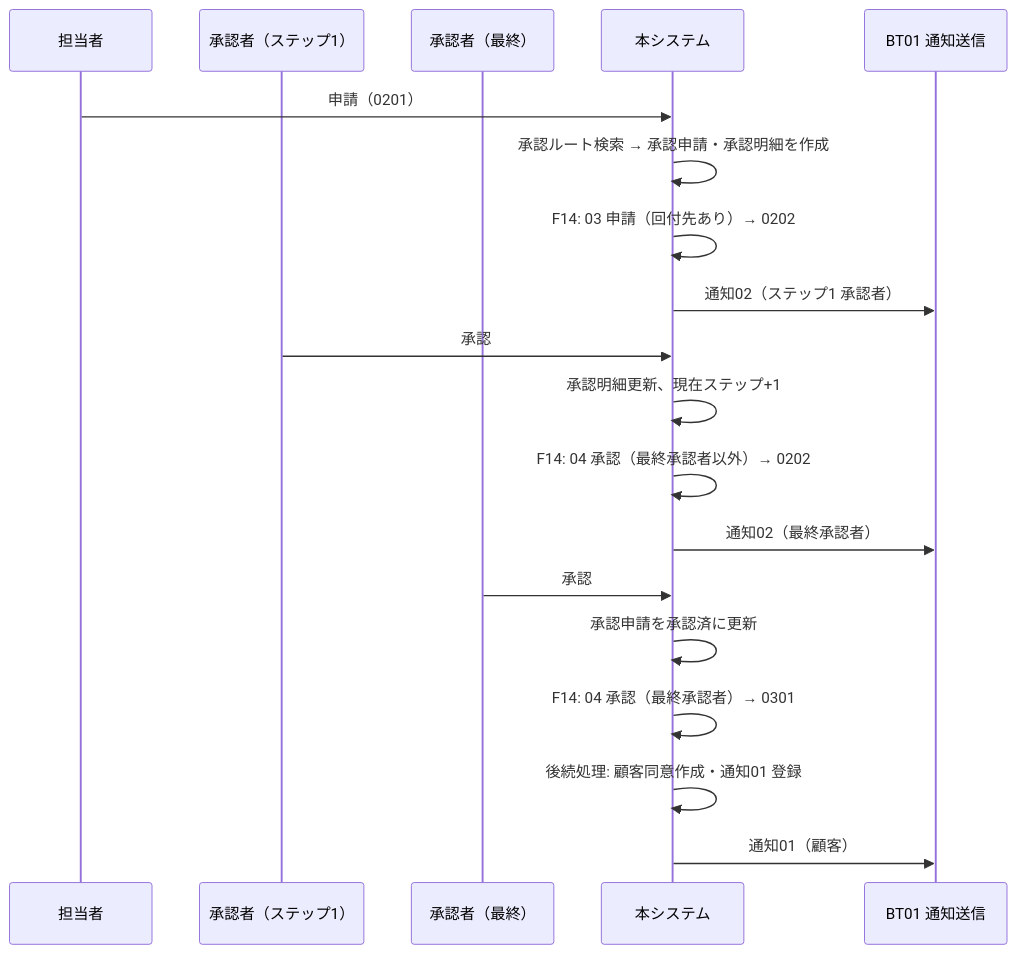
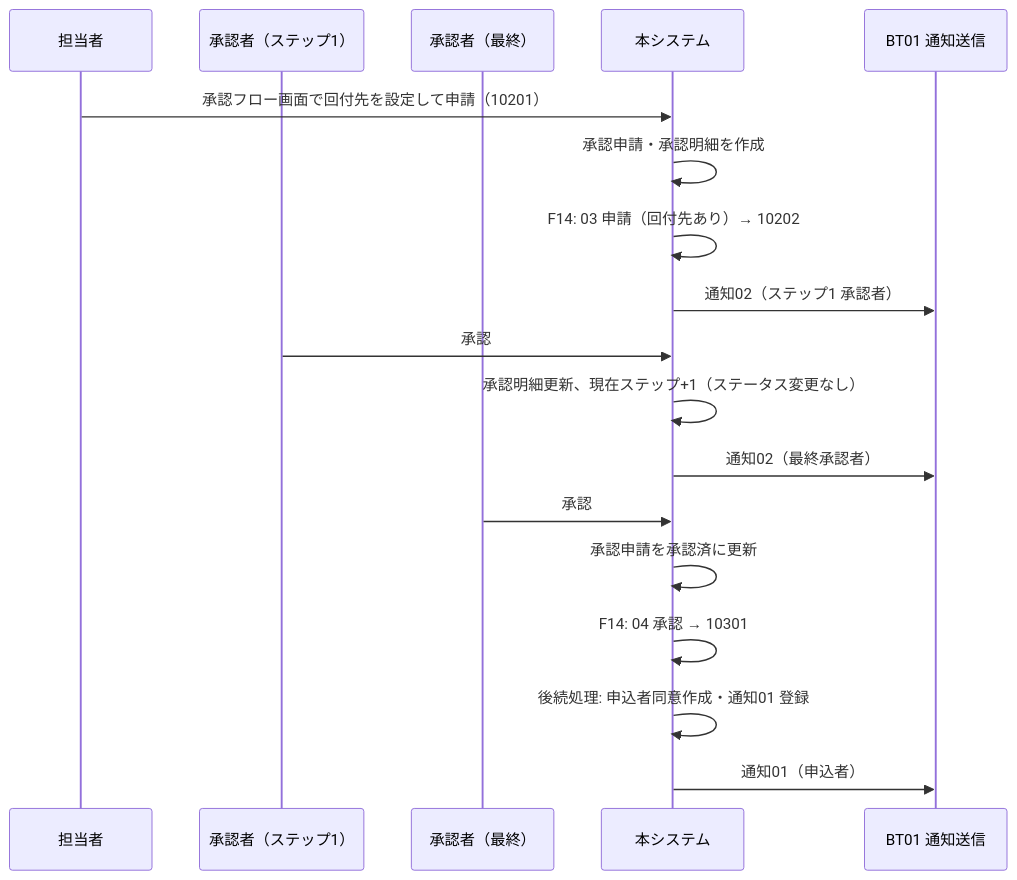
Before and after one commit to yasudaProduct/JavaServletSample2: the second of 4 diagrams in docs/basic-design/10-function-detail.md, drawn with Mermaid. The commit also changed other lines of this file and 26 other files, not shown here.

````diff
--- a/docs/basic-design/10-function-detail.md
+++ b/docs/basic-design/10-function-detail.md
@@ -230,21 +238,20 @@
 ```mermaid
 sequenceDiagram
     participant O as 担当者
     participant A1 as 承認者（ステップ1）
     participant A2 as 承認者（最終）
     participant S as 本システム
     participant B as BT01 通知送信
-    O->>S: 申請（0201）
-    S->>S: 承認ルート検索 → 承認申請・承認明細を作成
-    S->>S: F14: 03 申請（回付先あり）→ 0202
+    O->>S: 承認フロー画面で回付先を設定して申請（10201）
+    S->>S: 承認申請・承認明細を作成
+    S->>S: F14: 03 申請（回付先あり）→ 10202
     S->>B: 通知02（ステップ1 承認者）
     A1->>S: 承認
-    S->>S: 承認明細更新、現在ステップ+1
-    S->>S: F14: 04 承認（最終承認者以外）→ 0202
+    S->>S: 承認明細更新、現在ステップ+1（ステータス変更なし）
     S->>B: 通知02（最終承認者）
     A2->>S: 承認
     S->>S: 承認申請を承認済に更新
-    S->>S: F14: 04 承認（最終承認者）→ 0301
-    S->>S: 後続処理: 顧客同意作成・通知01 登録
-    S->>B: 通知01（顧客）
+    S->>S: F14: 04 承認 → 10301
+    S->>S: 後続処理: 申込者同意作成・通知01 登録
+    S->>B: 通知01（申込者）
 ```
````
